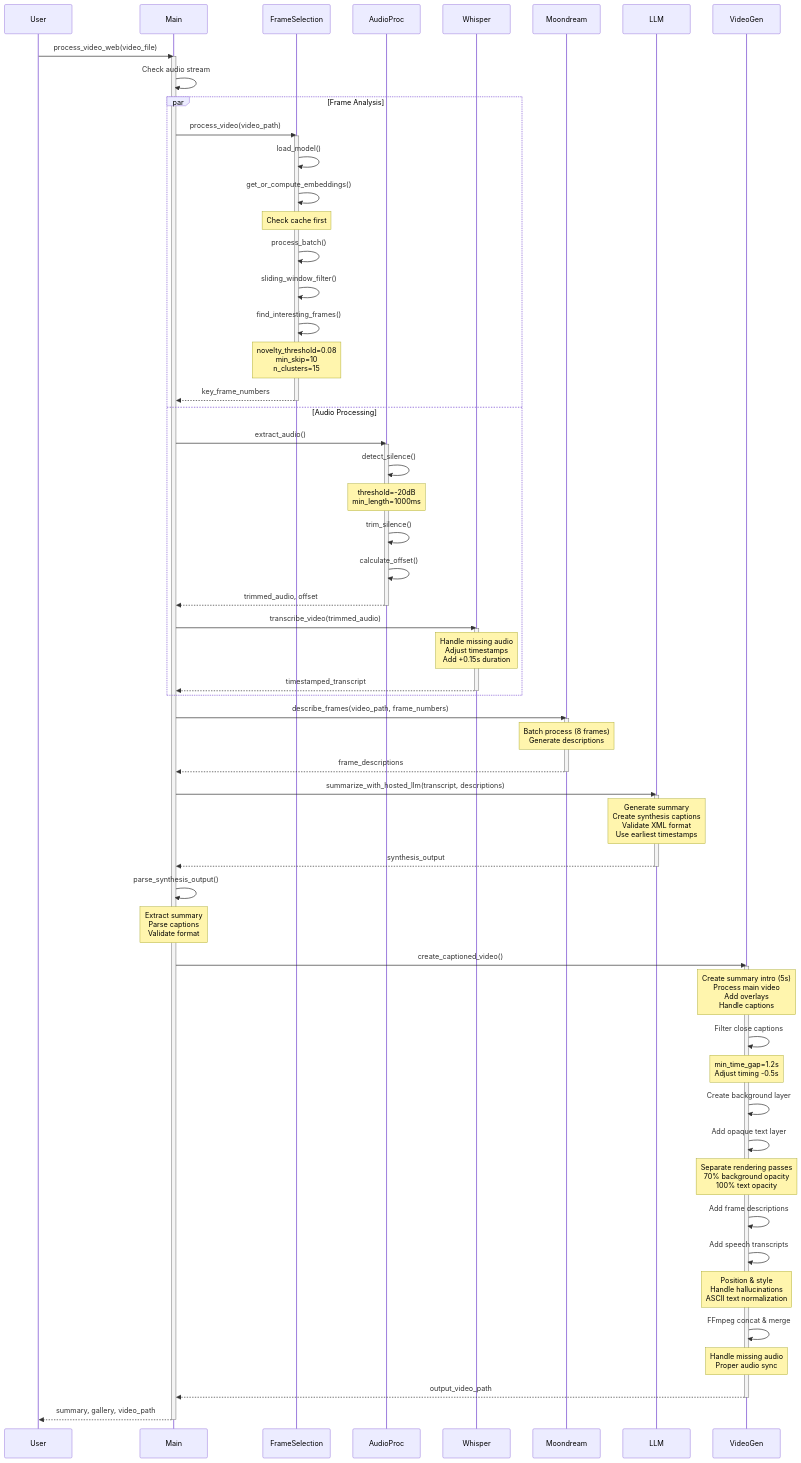
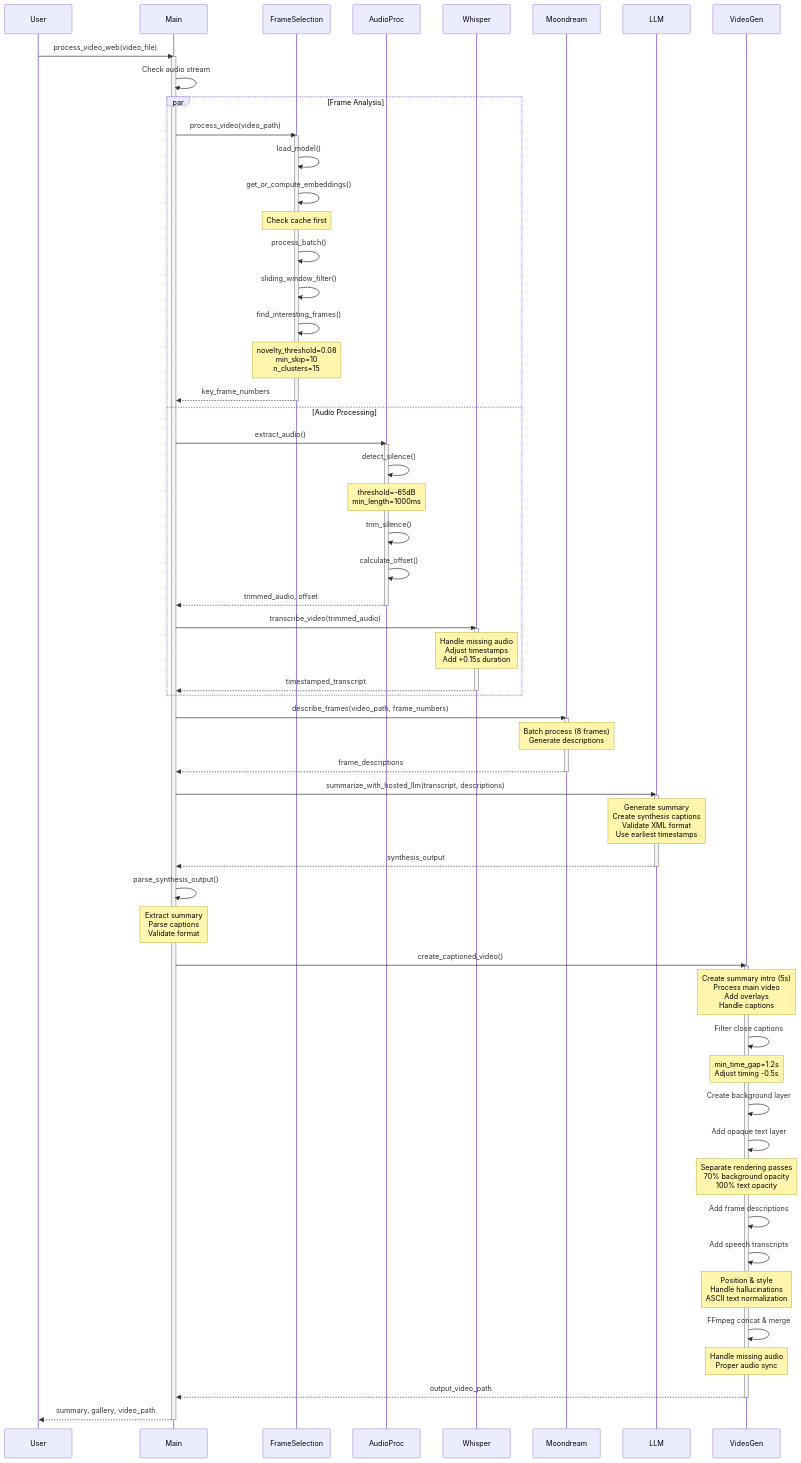
Before and after one commit to parsakhaz/video-understanding-engine: the second of 2 diagrams in README.md, drawn with Mermaid. The commit also changed other lines of this file and 2 other files, not shown here.

````diff
--- a/README.md
+++ b/README.md
@@ -130,78 +130,78 @@
 ```mermaid
 sequenceDiagram
     participant User
     participant Main
     participant FrameSelection
     participant AudioProc
     participant Whisper
     participant Moondream
     participant LLM
     participant VideoGen
 
     User->>Main: process_video_web(video_file)
     activate Main
     
     Main->>Main: Check audio stream
     
     par Frame Analysis
         Main->>FrameSelection: process_video(video_path)
         activate FrameSelection
         FrameSelection->>FrameSelection: load_model()
         FrameSelection->>FrameSelection: get_or_compute_embeddings()
         Note over FrameSelection: Check cache first
         FrameSelection->>FrameSelection: process_batch()
         FrameSelection->>FrameSelection: sliding_window_filter()
         FrameSelection->>FrameSelection: find_interesting_frames()
         Note over FrameSelection: novelty_threshold=0.08<br/>min_skip=10<br/>n_clusters=15
         FrameSelection-->>Main: key_frame_numbers
         deactivate FrameSelection
     and Audio Processing
         Main->>AudioProc: extract_audio()
         activate AudioProc
         AudioProc->>AudioProc: detect_silence()
-        Note over AudioProc: threshold=-20dB<br/>min_length=1000ms
+        Note over AudioProc: threshold=-65dB<br/>min_length=1000ms
         AudioProc->>AudioProc: trim_silence()
         AudioProc->>AudioProc: calculate_offset()
         AudioProc-->>Main: trimmed_audio, offset
         deactivate AudioProc
         Main->>Whisper: transcribe_video(trimmed_audio)
         activate Whisper
         Note over Whisper: Handle missing audio<br/>Adjust timestamps<br/>Add +0.15s duration
         Whisper-->>Main: timestamped_transcript
         deactivate Whisper
     end
 
     Main->>Moondream: describe_frames(video_path, frame_numbers)
     activate Moondream
     Note over Moondream: Batch process (8 frames)<br/>Generate descriptions
     Moondream-->>Main: frame_descriptions
     deactivate Moondream
 
     Main->>LLM: summarize_with_hosted_llm(transcript, descriptions)
     activate LLM
     Note over LLM: Generate summary<br/>Create synthesis captions<br/>Validate XML format<br/>Use earliest timestamps
     LLM-->>Main: synthesis_output
     deactivate LLM
 
     Main->>Main: parse_synthesis_output()
     Note over Main: Extract summary<br/>Parse captions<br/>Validate format
 
     Main->>VideoGen: create_captioned_video()
     activate VideoGen
     Note over VideoGen: Create summary intro (5s)<br/>Process main video<br/>Add overlays<br/>Handle captions
     VideoGen->>VideoGen: Filter close captions
     Note over VideoGen: min_time_gap=1.2s<br/>Adjust timing -0.5s
     VideoGen->>VideoGen: Create background layer
     VideoGen->>VideoGen: Add opaque text layer
     Note over VideoGen: Separate rendering passes<br/>70% background opacity<br/>100% text opacity
     VideoGen->>VideoGen: Add frame descriptions
     VideoGen->>VideoGen: Add speech transcripts
     Note over VideoGen: Position & style<br/>Handle hallucinations<br/>ASCII text normalization
     VideoGen->>VideoGen: FFmpeg concat & merge
     Note over VideoGen: Handle missing audio<br/>Proper audio sync
     VideoGen-->>Main: output_video_path
     deactivate VideoGen
 
     Main-->>User: summary, gallery, video_path
     deactivate Main
 ```
````
